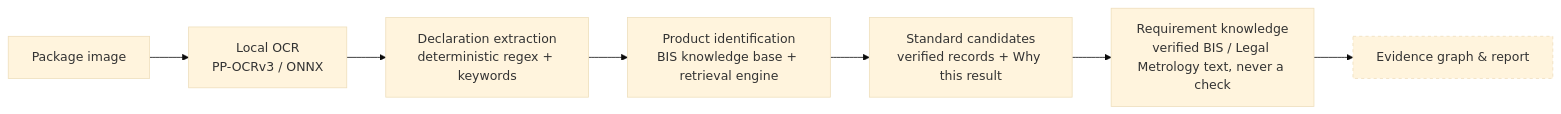
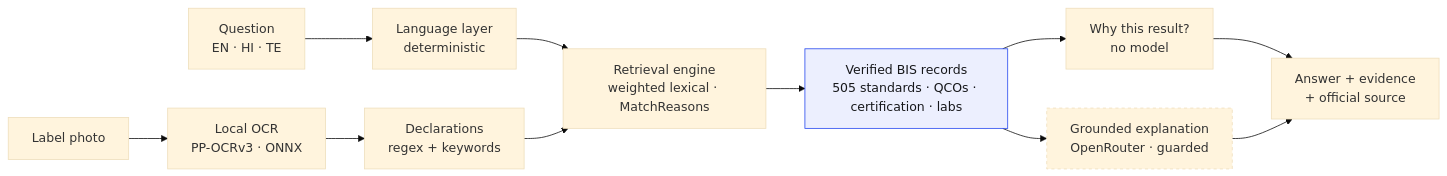
Before and after one commit to Anish-185/sih26: the diagram in README.md, drawn with Mermaid (base theme). The commit also changed other lines of this file and 16 other files, not shown here.

````diff
--- a/README.md
+++ b/README.md
@@ -54,11 +134,16 @@
 ```mermaid
 flowchart LR
-    IMG[Package image] --> OCR[Local OCR<br/>PP-OCRv3 / ONNX]
-    OCR --> DECL[Declaration extraction<br/>deterministic regex + keywords]
-    DECL --> CLS[Product identification<br/>BIS knowledge base + retrieval engine]
-    CLS --> STD[Standard candidates<br/>verified records + Why this result]
-    STD --> LM[Requirement knowledge<br/>verified BIS / Legal Metrology text, never a check]
-    LM --> RPT[Evidence graph & report]
+    Q["Question<br/>EN · HI · TE"] --> L[Language layer<br/>deterministic]
+    P["Label photo"] --> O[Local OCR<br/>PP-OCRv3 · ONNX]
+    O --> D[Declarations<br/>regex + keywords]
+    L --> R[Retrieval engine<br/>weighted lexical · MatchReasons]
+    D --> R
+    R --> S[Verified BIS records<br/>505 standards · QCOs · certification · labs]
+    S --> W[Why this result?<br/>no model]
+    S --> E[Grounded explanation<br/>OpenRouter · guarded]
+    W --> A[Answer + evidence<br/>+ official source]
+    E --> A
 
-    style RPT stroke-dasharray: 4 4
+    style S fill:#eceffe,stroke:#2246ef,color:#17181b
+    style E stroke-dasharray: 4 4
 ```
````
